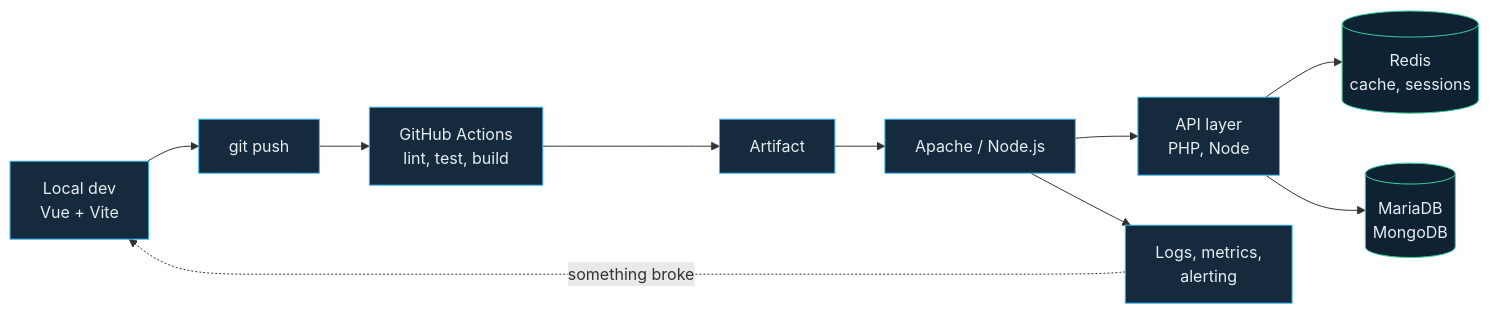
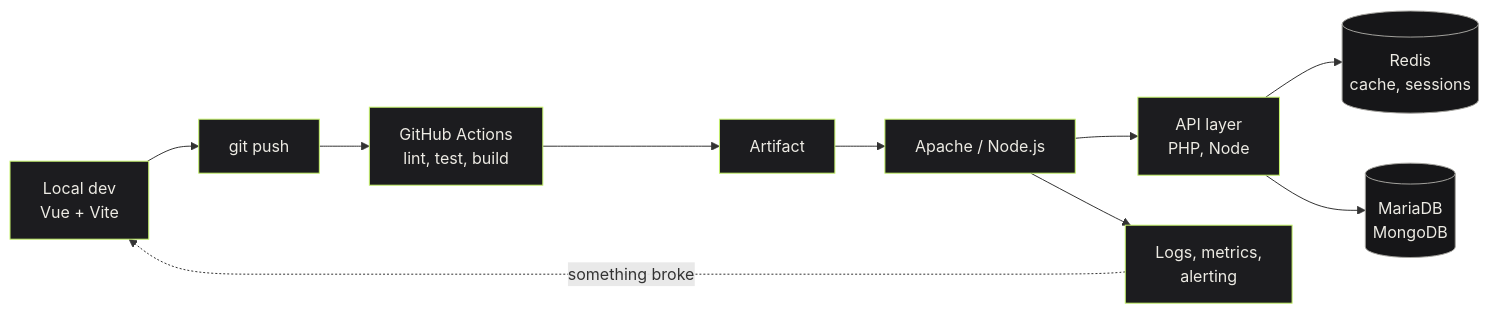
One commit to maximilianfeix/maximilianfeix changed the first of 2 diagrams in README.md. Above: the diagram before and after it, drawn with Mermaid. The commit also changed other lines of this file and 17 other files, not shown here.

````diff
--- a/README.md
+++ b/README.md
@@ -79,17 +72,17 @@
 ```mermaid
 flowchart LR
     dev["Local dev<br/>Vue + Vite"] --> push["git push"]
     push --> ci["GitHub Actions<br/>lint, test, build"]
     ci --> art["Artifact"]
     art --> web["Apache / Node.js"]
     web --> api["API layer<br/>PHP, Node"]
     api --> cache[("Redis<br/>cache, sessions")]
     api --> db[("MariaDB<br/>MongoDB")]
     web --> obs["Logs, metrics,<br/>alerting"]
     obs -.->|"something broke"| dev
 
-    classDef node fill:#152A3D,stroke:#38BDF8,stroke-width:1px,color:#E6EDF3
-    classDef store fill:#0F2233,stroke:#34D399,stroke-width:1px,color:#E6EDF3
+    classDef node fill:#1C1C1F,stroke:#C6F36B,stroke-width:1px,color:#EDEBE4
+    classDef store fill:#161618,stroke:#A3A29D,stroke-width:1px,color:#EDEBE4
     class dev,push,ci,art,web,api,obs node
     class cache,db store
 ```
````
